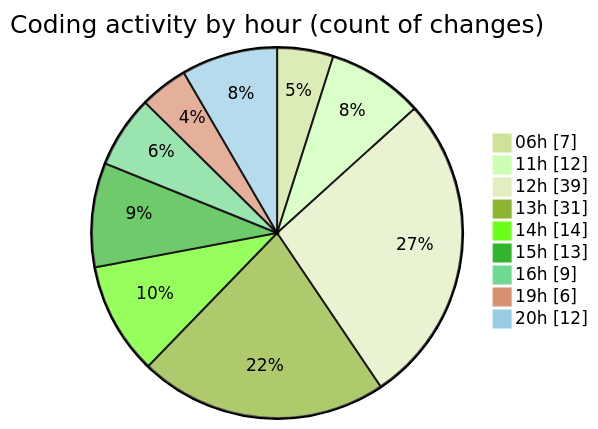
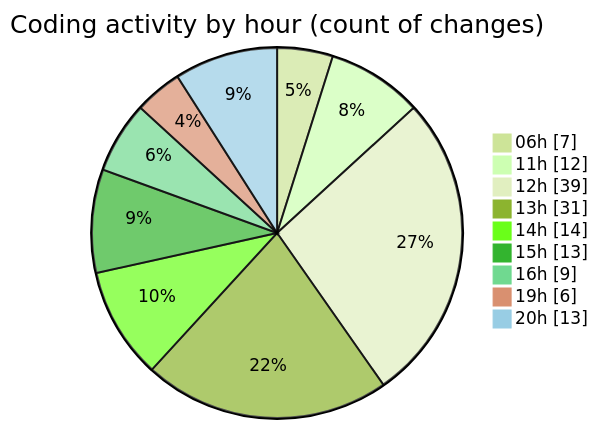
One commit to EIIisD/code-tracking changed the second of 2 diagrams in 2025-07-14/ribbon/README.md. Above: the diagram before and after it, drawn with Mermaid (forest theme). The commit also changed other lines of this file and 1 other file, not shown here.

````diff
--- a/2025-07-14/ribbon/README.md
+++ b/2025-07-14/ribbon/README.md
@@ -70,13 +70,13 @@
 ```mermaid
 pie showData
 title Coding activity by hour (count of changes)
 "06h" : 7
 "11h" : 12
 "12h" : 39
 "13h" : 31
 "14h" : 14
 "15h" : 13
 "16h" : 9
 "19h" : 6
-"20h" : 12
+"20h" : 13
 ```
````
